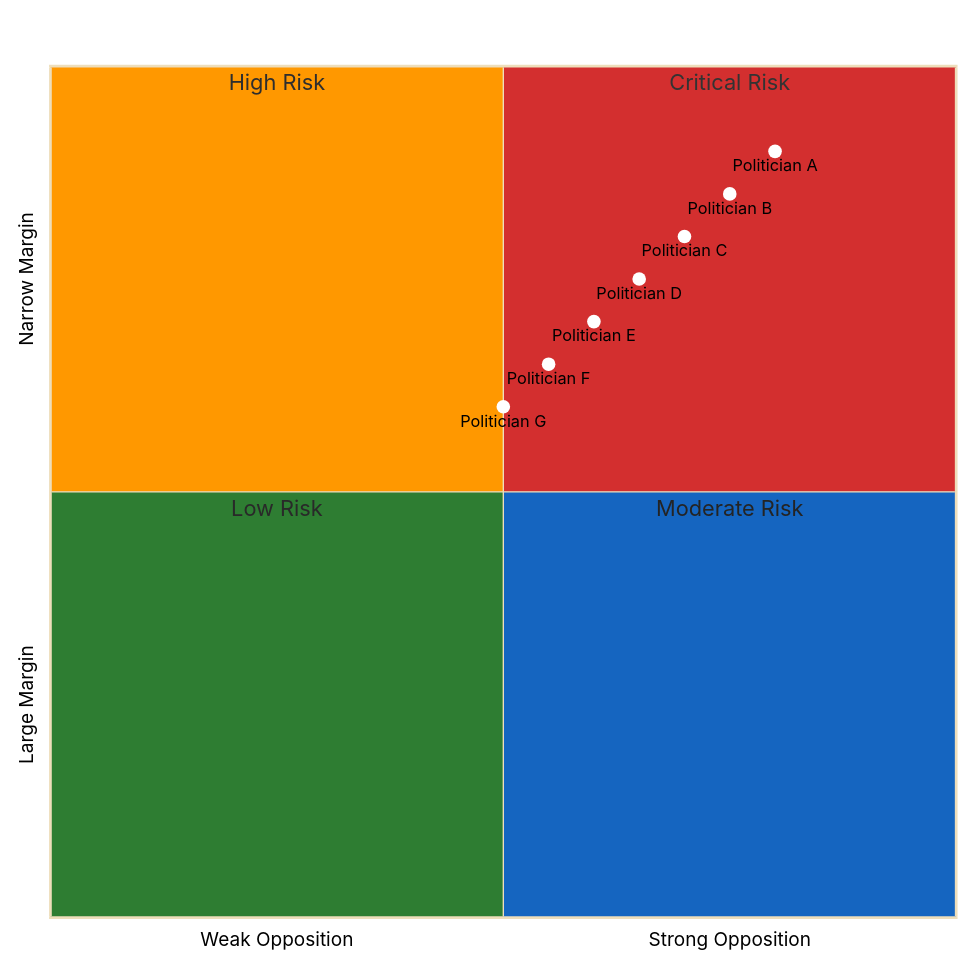
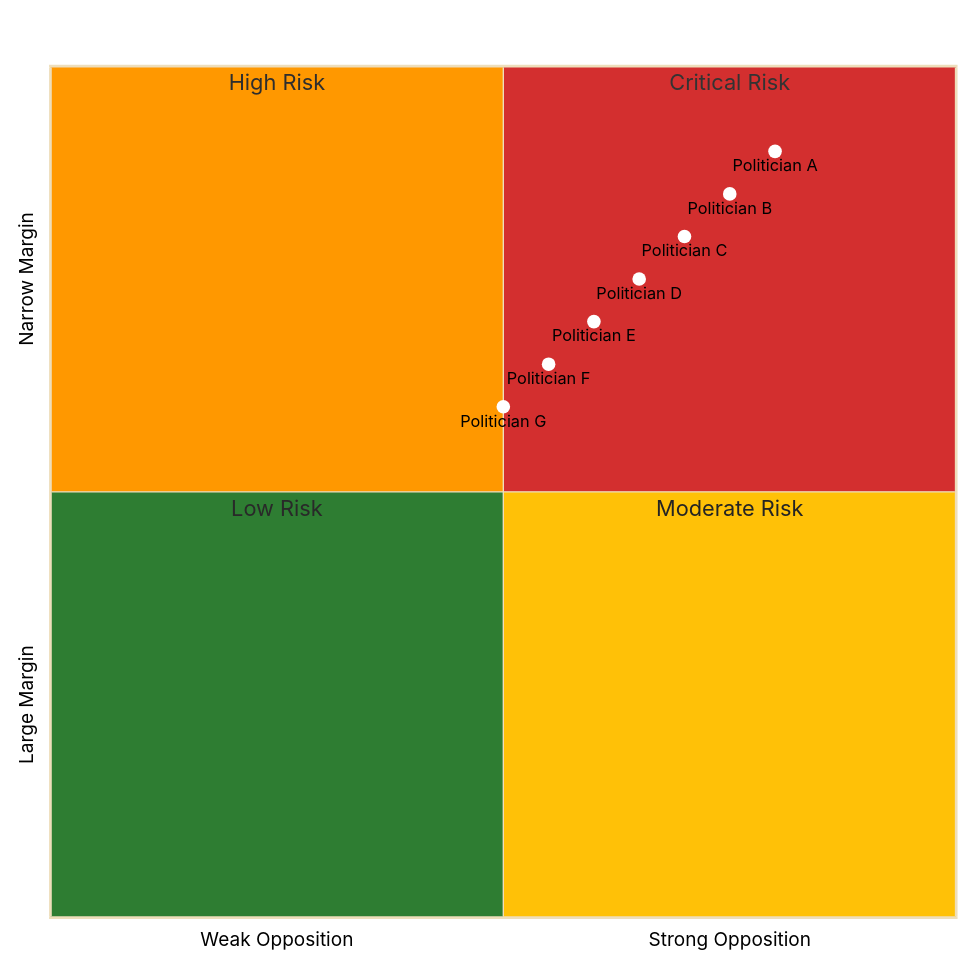
The fifth of 11 diagrams in json-export-specs/visualizations/top10-electoral-risk.md (Hack23/cia), drawn with Mermaid before and after one commit. The commit also changed 2 other files, not shown here.

Commit message:
fix: apply review feedback for quadrant chart colors and labels
Agent-Logs-Url: https://github.com/Hack23/cia/sessions/8e978305-bea8-4b20-91e6-7a4a9f650a3c

````diff
--- a/json-export-specs/visualizations/top10-electoral-risk.md
+++ b/json-export-specs/visualizations/top10-electoral-risk.md
@@ -83,42 +83,42 @@
 ```mermaid
 %%{init: {
   "theme": "base",
   "themeVariables": {
     "quadrant1Fill": "#D32F2F",
     "quadrant2Fill": "#FF9800",
     "quadrant3Fill": "#2E7D32",
-    "quadrant4Fill": "#1565C0",
+    "quadrant4Fill": "#FFC107",
     "quadrantTitleFill": "#ffffff",
     "quadrantPointFill": "#ffffff",
     "quadrantPointTextFill": "#000000",
     "quadrantXAxisTextFill": "#000000",
     "quadrantYAxisTextFill": "#000000"
   },
   "quadrantChart": {
     "chartWidth": 700,
     "chartHeight": 700,
     "pointLabelFontSize": 12,
     "titleFontSize": 20,
     "quadrantLabelFontSize": 16,
     "xAxisLabelFontSize": 14,
     "yAxisLabelFontSize": 14
   }
 }}%%
 quadrantChart
     title Electoral Vulnerability (Margin vs Opposition Strength)
     x-axis Weak Opposition --> Strong Opposition
     y-axis Large Margin --> Narrow Margin
     quadrant-1 Critical Risk
     quadrant-2 High Risk
     quadrant-3 Low Risk
     quadrant-4 Moderate Risk
     
     "Politician A": [0.8, 0.9]
     "Politician B": [0.75, 0.85]
     "Politician C": [0.7, 0.8]
     "Politician D": [0.65, 0.75]
     "Politician E": [0.6, 0.7]
     "Politician F": [0.55, 0.65]
     "Politician G": [0.5, 0.6]
 
 ```
````
